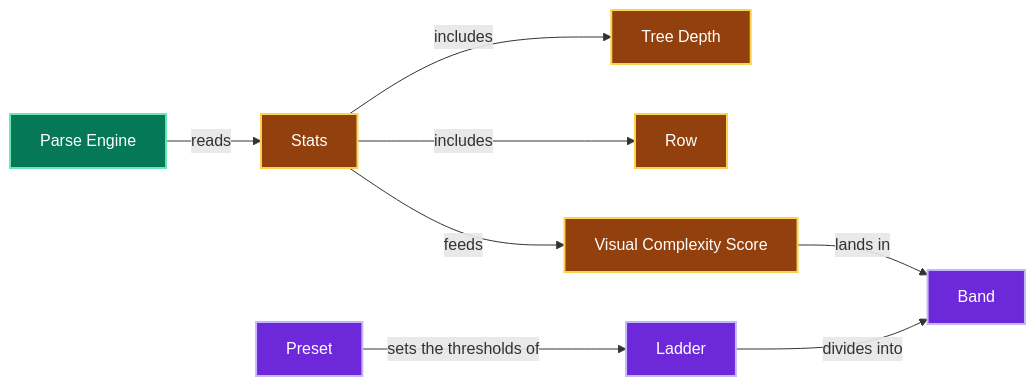
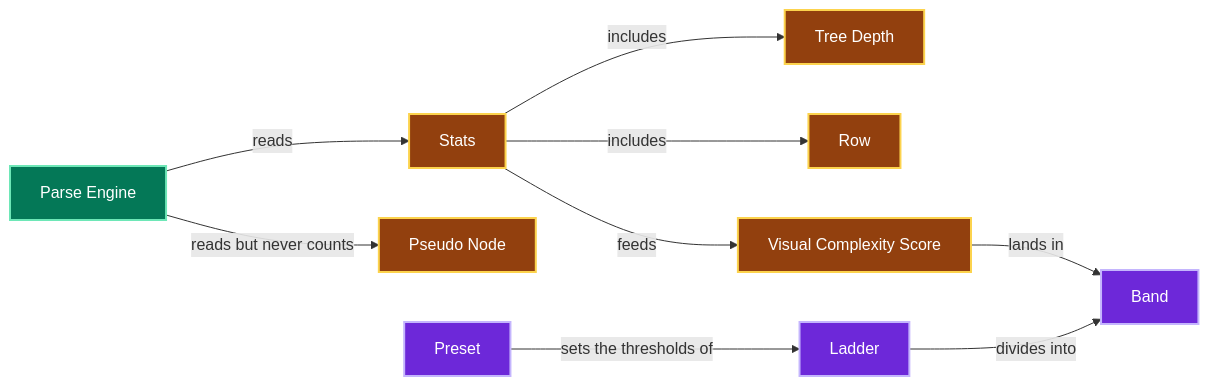
Before and after one commit to jpeakai/jpai-mermaidjs-lint: the second of 5 diagrams in GLOSSARY.md, drawn with Mermaid. The commit also changed other lines of this file and 7 other files, not shown here.

First line of the commit message:
Extend the parsed graph for split plans, and stop counting a subgraph endpoint as a node

````diff
--- a/GLOSSARY.md
+++ b/GLOSSARY.md
@@ -58,26 +58,28 @@
 ```mermaid
 flowchart LR
     PEN["Parse Engine"]:::pipeline
     STA["Stats"]:::info
     TRD["Tree Depth"]:::info
     ROW["Row"]:::info
+    PSN["Pseudo Node"]:::info
     VCS["Visual Complexity Score"]:::info
     PRE["Preset"]:::rule
     LAD["Ladder"]:::rule
     BND["Band"]:::rule
 
     PEN -- reads --> STA
+    PEN -- reads but never counts --> PSN
     STA -- includes --> TRD
     STA -- includes --> ROW
     STA -- feeds --> VCS
     PRE -- sets the thresholds of --> LAD
     LAD -- divides into --> BND
     VCS -- lands in --> BND
 
     classDef people    fill:#1e40af,stroke:#93c5fd,color:#fff,stroke-width:2px
     classDef info      fill:#92400e,stroke:#fcd34d,color:#fff,stroke-width:2px
     classDef rule      fill:#6d28d9,stroke:#c4b5fd,color:#fff,stroke-width:2px
     classDef forbidden fill:#b91c1c,stroke:#fca5a5,color:#fff,stroke-width:2px
     classDef pipeline  fill:#047857,stroke:#6ee7b7,color:#fff,stroke-width:2px
     classDef record    fill:#334155,stroke:#cbd5e1,color:#fff,stroke-width:2px
 ```
````
